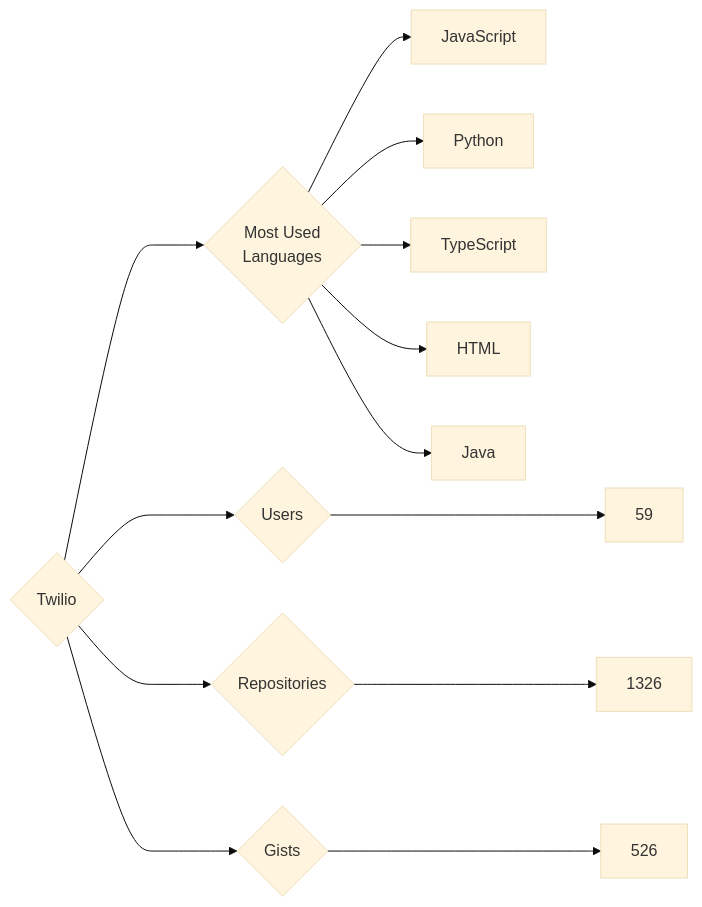
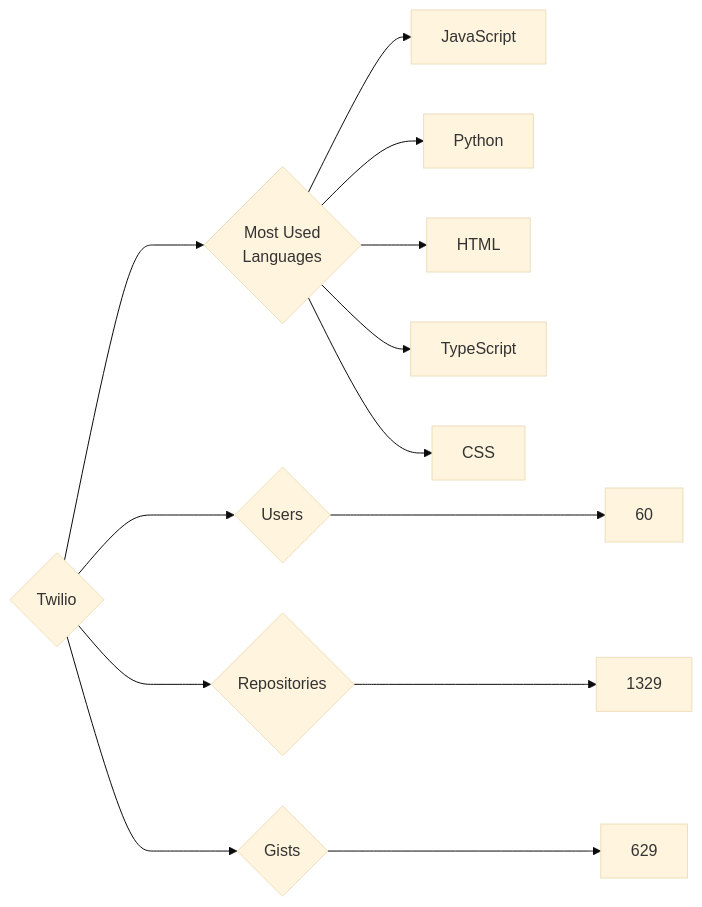
Before and after one commit to trickest/insiders: the diagram in targets/Twilio/README.md, drawn with Mermaid (base theme). The commit also changed 953 other files, not shown here.

````diff
--- a/targets/Twilio/README.md
+++ b/targets/Twilio/README.md
@@ -3,13 +3,13 @@
 ```mermaid
 graph LR
 COMPANY_NAME{Twilio}
-COMPANY_NAME ---> U{Users} ---> UN[59]
-COMPANY_NAME ---> R{Repositories} ---> RN[1326]
-COMPANY_NAME ---> G{Gists} ---> GN[526]
+COMPANY_NAME ---> U{Users} ---> UN[60]
+COMPANY_NAME ---> R{Repositories} ---> RN[1329]
+COMPANY_NAME ---> G{Gists} ---> GN[629]
 COMPANY_NAME ---> ML{Most Used<br>Languages}
 ML --> JavaScript[JavaScript]
 ML --> Python[Python]
+ML --> HTML[HTML]
 ML --> TypeScript[TypeScript]
-ML --> HTML[HTML]
-ML --> Java[Java]
+ML --> CSS[CSS]
 ```
````
